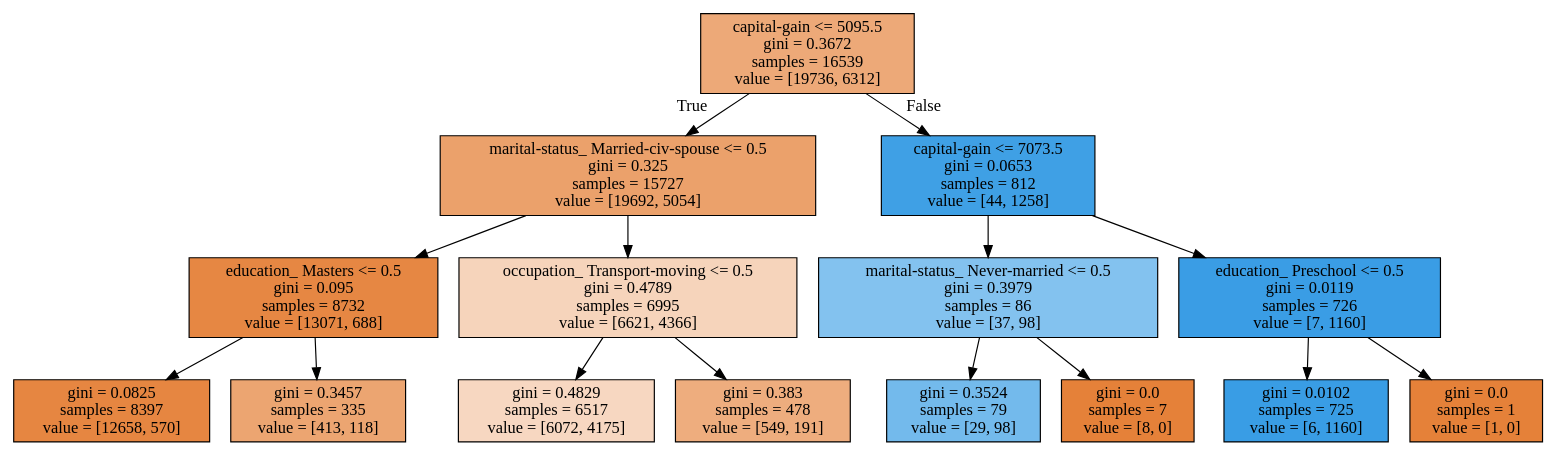
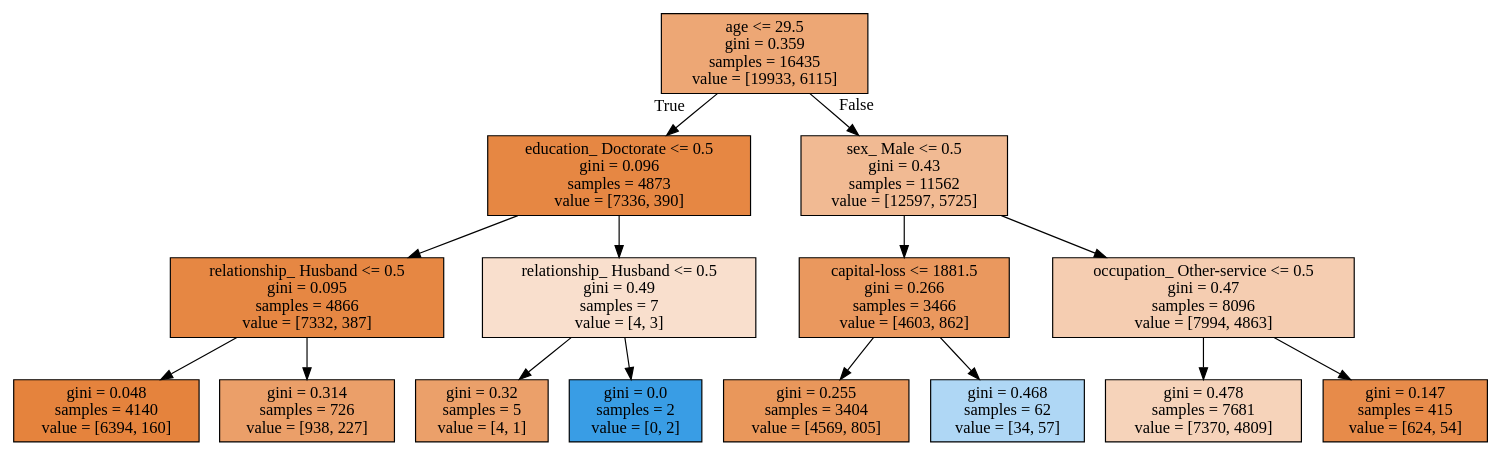
One commit to shirmeir/notebooks changed the diagram in models/tree1.dot. Above: the diagram before and after it, drawn with Graphviz. The commit also changed 3 other files, not shown here.

```diff
--- a/models/tree1.dot
+++ b/models/tree1.dot
@@ -1,32 +1,32 @@
 digraph Tree {
 node [shape=box, style="filled", color="black"] ;
-0 [label="capital-gain <= 5095.5\ngini = 0.3672\nsamples = 16539\nvalue = [19736, 6312]", fillcolor="#e58139ad"] ;
-1 [label="marital-status_ Married-civ-spouse <= 0.5\ngini = 0.325\nsamples = 15727\nvalue = [19692, 5054]", fillcolor="#e58139be"] ;
+0 [label="age <= 29.5\ngini = 0.359\nsamples = 16435\nvalue = [19933, 6115]", fillcolor="#e58139b1"] ;
+1 [label="education_ Doctorate <= 0.5\ngini = 0.096\nsamples = 4873\nvalue = [7336, 390]", fillcolor="#e58139f1"] ;
 0 -> 1 [labeldistance=2.5, labelangle=45, headlabel="True"] ;
-2 [label="education_ Masters <= 0.5\ngini = 0.095\nsamples = 8732\nvalue = [13071, 688]", fillcolor="#e58139f2"] ;
+2 [label="relationship_ Husband <= 0.5\ngini = 0.095\nsamples = 4866\nvalue = [7332, 387]", fillcolor="#e58139f2"] ;
 1 -> 2 ;
-3 [label="gini = 0.0825\nsamples = 8397\nvalue = [12658, 570]", fillcolor="#e58139f4"] ;
+3 [label="gini = 0.048\nsamples = 4140\nvalue = [6394, 160]", fillcolor="#e58139f9"] ;
 2 -> 3 ;
-4 [label="gini = 0.3457\nsamples = 335\nvalue = [413, 118]", fillcolor="#e58139b6"] ;
+4 [label="gini = 0.314\nsamples = 726\nvalue = [938, 227]", fillcolor="#e58139c1"] ;
 2 -> 4 ;
-5 [label="occupation_ Transport-moving <= 0.5\ngini = 0.4789\nsamples = 6995\nvalue = [6621, 4366]", fillcolor="#e5813957"] ;
+5 [label="relationship_ Husband <= 0.5\ngini = 0.49\nsamples = 7\nvalue = [4, 3]", fillcolor="#e5813940"] ;
 1 -> 5 ;
-6 [label="gini = 0.4829\nsamples = 6517\nvalue = [6072, 4175]", fillcolor="#e5813950"] ;
+6 [label="gini = 0.32\nsamples = 5\nvalue = [4, 1]", fillcolor="#e58139bf"] ;
 5 -> 6 ;
-7 [label="gini = 0.383\nsamples = 478\nvalue = [549, 191]", fillcolor="#e58139a6"] ;
+7 [label="gini = 0.0\nsamples = 2\nvalue = [0, 2]", fillcolor="#399de5ff"] ;
 5 -> 7 ;
-8 [label="capital-gain <= 7073.5\ngini = 0.0653\nsamples = 812\nvalue = [44, 1258]", fillcolor="#399de5f6"] ;
+8 [label="sex_ Male <= 0.5\ngini = 0.43\nsamples = 11562\nvalue = [12597, 5725]", fillcolor="#e581398b"] ;
 0 -> 8 [labeldistance=2.5, labelangle=-45, headlabel="False"] ;
-9 [label="marital-status_ Never-married <= 0.5\ngini = 0.3979\nsamples = 86\nvalue = [37, 98]", fillcolor="#399de59f"] ;
+9 [label="capital-loss <= 1881.5\ngini = 0.266\nsamples = 3466\nvalue = [4603, 862]", fillcolor="#e58139cf"] ;
 8 -> 9 ;
-10 [label="gini = 0.3524\nsamples = 79\nvalue = [29, 98]", fillcolor="#399de5b4"] ;
+10 [label="gini = 0.255\nsamples = 3404\nvalue = [4569, 805]", fillcolor="#e58139d2"] ;
 9 -> 10 ;
-11 [label="gini = 0.0\nsamples = 7\nvalue = [8, 0]", fillcolor="#e58139ff"] ;
+11 [label="gini = 0.468\nsamples = 62\nvalue = [34, 57]", fillcolor="#399de567"] ;
 9 -> 11 ;
-12 [label="education_ Preschool <= 0.5\ngini = 0.0119\nsamples = 726\nvalue = [7, 1160]", fillcolor="#399de5fd"] ;
+12 [label="occupation_ Other-service <= 0.5\ngini = 0.47\nsamples = 8096\nvalue = [7994, 4863]", fillcolor="#e5813964"] ;
 8 -> 12 ;
-13 [label="gini = 0.0102\nsamples = 725\nvalue = [6, 1160]", fillcolor="#399de5fe"] ;
+13 [label="gini = 0.478\nsamples = 7681\nvalue = [7370, 4809]", fillcolor="#e5813959"] ;
 12 -> 13 ;
-14 [label="gini = 0.0\nsamples = 1\nvalue = [1, 0]", fillcolor="#e58139ff"] ;
+14 [label="gini = 0.147\nsamples = 415\nvalue = [624, 54]", fillcolor="#e58139e9"] ;
 12 -> 14 ;
 }
```
